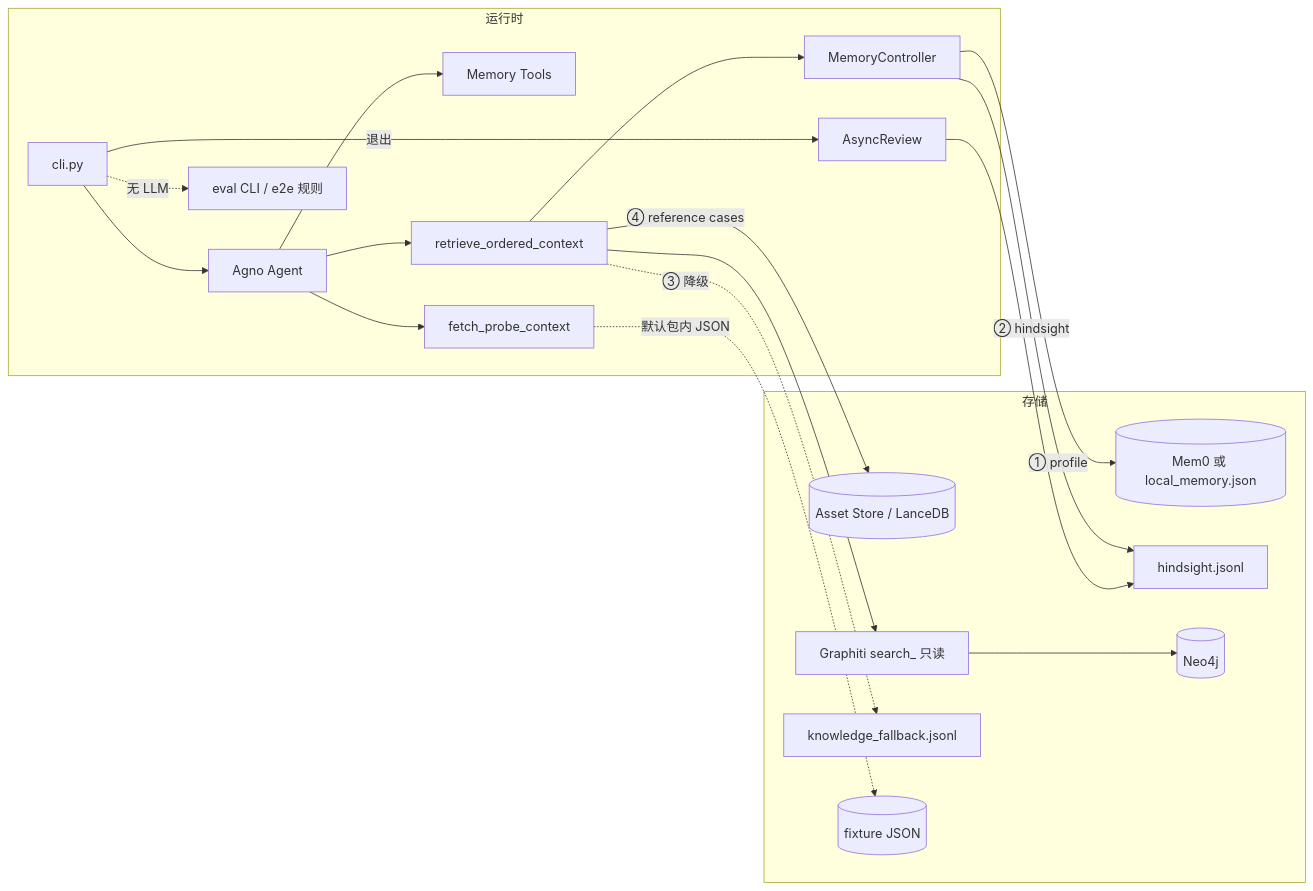
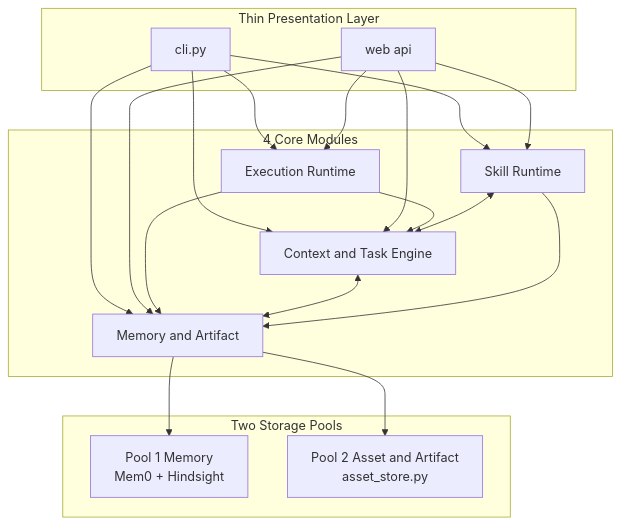
One commit to imanity0421/ops-stack changed the second of 5 diagrams in agent-os-runtime/docs/ARCHITECTURE.md. Above: the diagram before and after it, drawn with Mermaid. The commit also changed other lines of this file and 25 other files, not shown here.

First line of the commit message:
milestone(agent-os-runtime): start stage 2 artifact foundation

````diff
--- a/agent-os-runtime/docs/ARCHITECTURE.md
+++ b/agent-os-runtime/docs/ARCHITECTURE.md
@@ -5,37 +74,37 @@
 ```mermaid
-flowchart LR
-  subgraph Runtime["运行时"]
+flowchart TB
+  subgraph presentation [Thin Presentation Layer]
     CLI[cli.py]
-    A[Agno Agent]
-    T[Memory Tools]
-    R[retrieve_ordered_context]
-    P[fetch_probe_context]
-    MC[MemoryController]
-    AR[AsyncReview]
-    EV[eval CLI / e2e 规则]
+    WEB[web api]
   end
-  subgraph Storage["存储"]
-    M[(Mem0 或 local_memory.json)]
-    H[hindsight.jsonl]
-    S[(Asset Store / LanceDB)]
-    G[Graphiti search_ 只读]
-    N[(Neo4j)]
-    F[knowledge_fallback.jsonl]
-    X[(fixture JSON)]
+
+  subgraph modules [4 Core Modules]
+    ER[Execution Runtime]
+    CTE[Context and Task Engine]
+    MA[Memory and Artifact]
+    SR[Skill Runtime]
   end
-  CLI --> A
-  A --> T
-  A --> R
-  A --> P
-  P -.->|默认包内 JSON| X
-  R --> MC
-  MC -->|① profile| M
-  MC -->|② hindsight| H
-  R -->|④ reference cases| S
-  R --> G
-  G --> N
-  R -.->|③ 降级| F
-  CLI -->|退出| AR
-  AR --> H
-  CLI -.->|无 LLM| EV
+
+  subgraph pools [Two Storage Pools]
+    P1[Pool 1 Memory<br/>Mem0 + Hindsight]
+    P2[Pool 2 Asset and Artifact<br/>asset_store.py]
+  end
+
+  CLI --> ER
+  CLI --> CTE
+  CLI --> MA
+  CLI --> SR
+  WEB --> ER
+  WEB --> CTE
+  WEB --> MA
+  WEB --> SR
+
+  ER --> CTE
+  ER --> MA
+  CTE <--> MA
+  SR <--> CTE
+  SR --> MA
+
+  MA --> P1
+  MA --> P2
 ```
````
